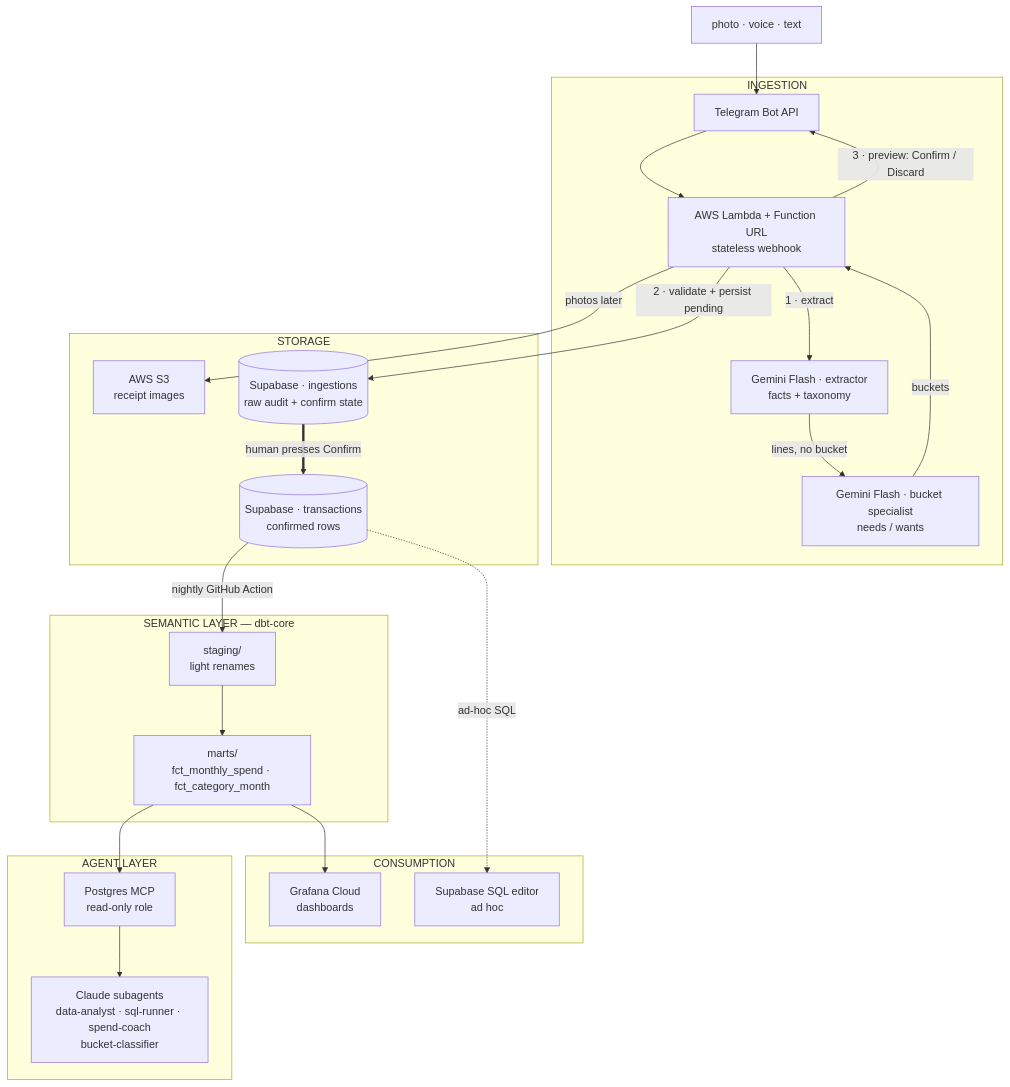
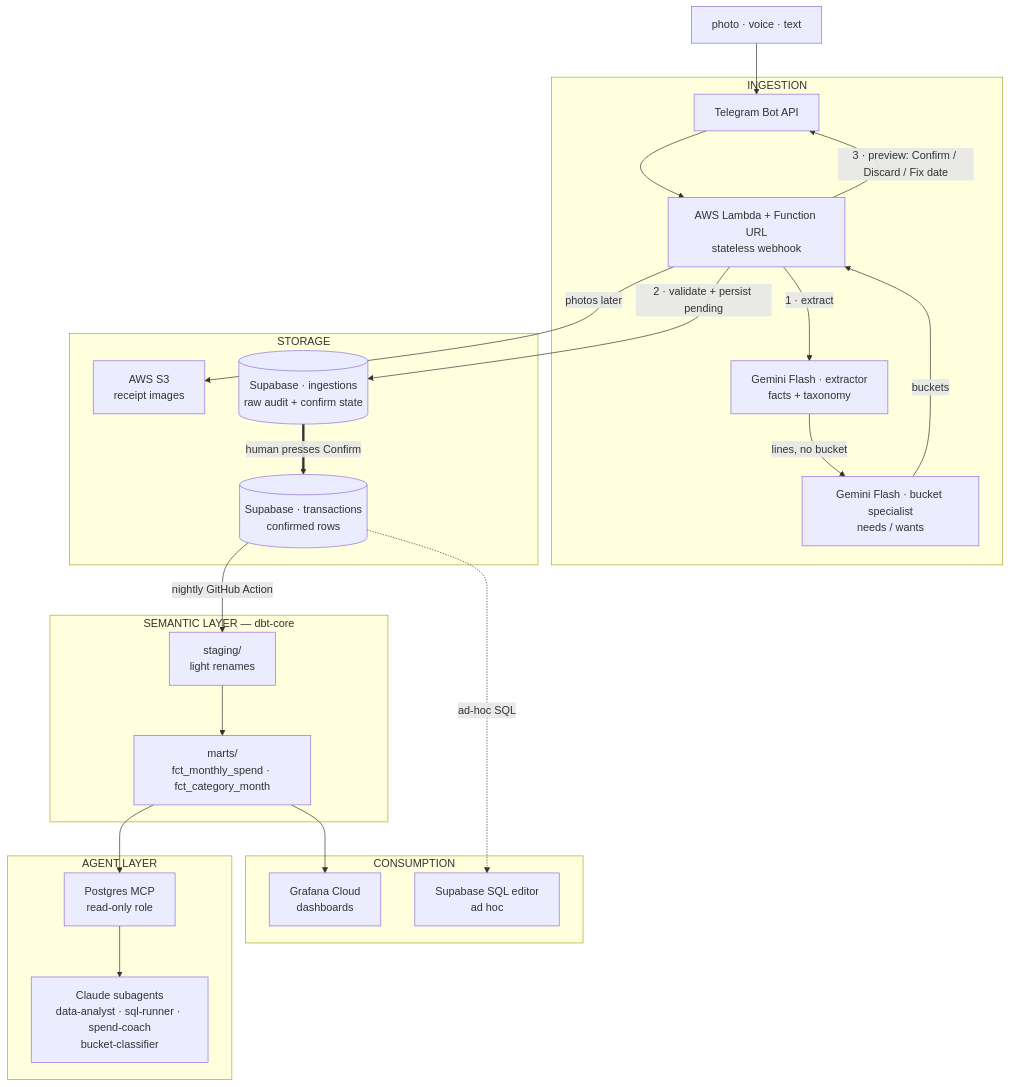
One commit to rafachan3/finflow changed the diagram in docs/ARCHITECTURE.md. Above: the diagram before and after it, drawn with Mermaid. The commit also changed other lines of this file and 13 other files, not shown here.

````diff
--- a/docs/ARCHITECTURE.md
+++ b/docs/ARCHITECTURE.md
@@ -5,47 +5,47 @@
 ```mermaid
 flowchart TD
     SRC["photo · voice · text"]
 
     subgraph ING["INGESTION"]
         TG["Telegram Bot API"]
         LM["AWS Lambda + Function URL<br/>stateless webhook"]
         EX["Gemini Flash · extractor<br/>facts + taxonomy"]
         BK["Gemini Flash · bucket specialist<br/>needs / wants"]
     end
 
     subgraph STO["STORAGE"]
         S3["AWS S3<br/>receipt images"]
         RAW[("Supabase · ingestions<br/>raw audit + confirm state")]
         TX[("Supabase · transactions<br/>confirmed rows")]
     end
 
     subgraph SEM["SEMANTIC LAYER — dbt-core"]
         STG["staging/<br/>light renames"]
         MRT["marts/<br/>fct_monthly_spend · fct_category_month"]
     end
 
     subgraph OUT["CONSUMPTION"]
         GRF["Grafana Cloud<br/>dashboards"]
         SQL["Supabase SQL editor<br/>ad hoc"]
     end
 
     subgraph AGT["AGENT LAYER"]
         MCP["Postgres MCP<br/>read-only role"]
         SUB["Claude subagents<br/>data-analyst · sql-runner · spend-coach<br/>bucket-classifier"]
     end
 
     SRC --> TG --> LM
     LM -->|"1 · extract"| EX
     EX -->|"lines, no bucket"| BK
     BK -->|"buckets"| LM
     LM -->|"2 · validate + persist pending"| RAW
     LM -->|"photos later"| S3
-    LM -->|"3 · preview: Confirm / Discard"| TG
+    LM -->|"3 · preview: Confirm / Discard / Fix date"| TG
     RAW ==>|"human presses Confirm"| TX
     TX -->|"nightly GitHub Action"| STG
     STG --> MRT
     MRT --> GRF
     MRT --> MCP
     MCP --> SUB
     TX -.->|"ad-hoc SQL"| SQL
 ```
````
